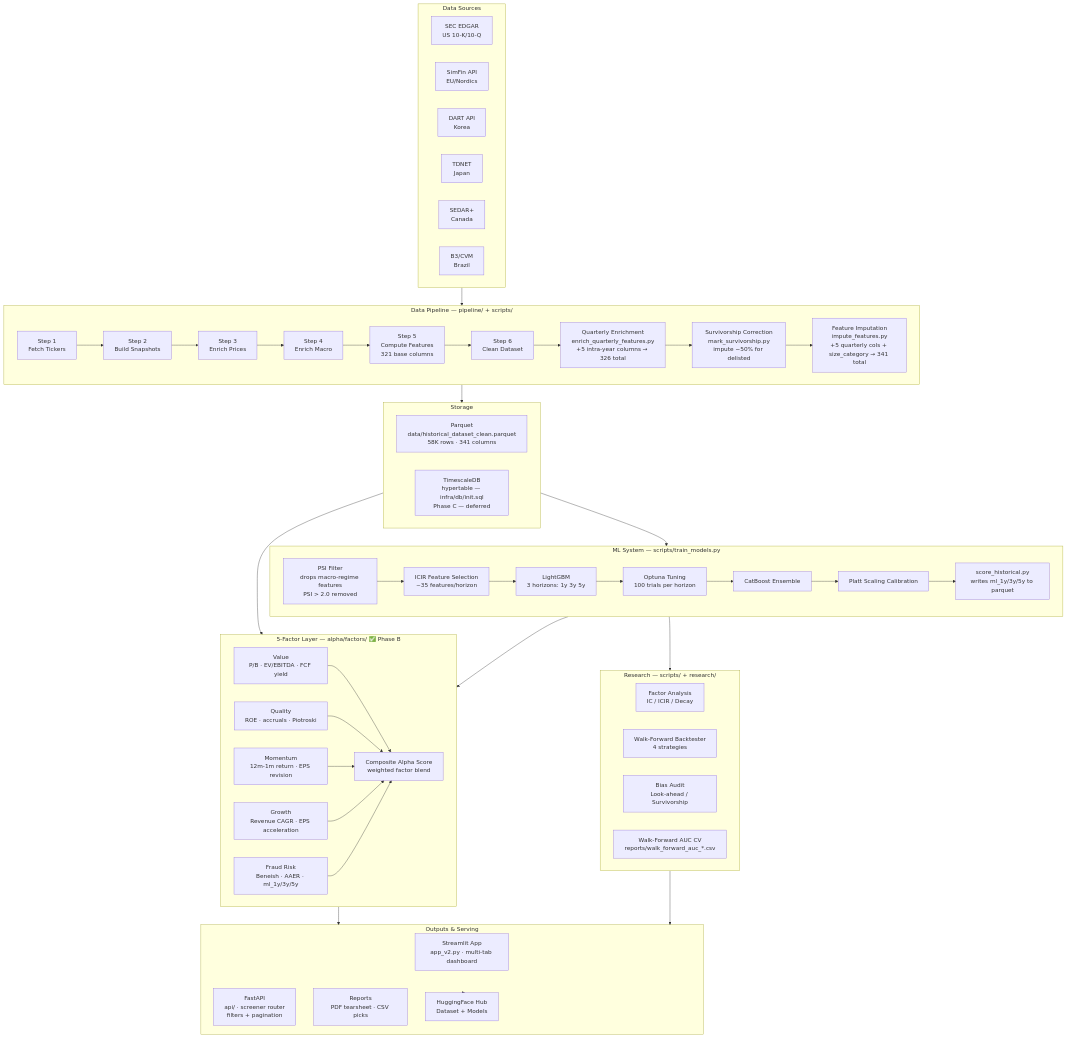
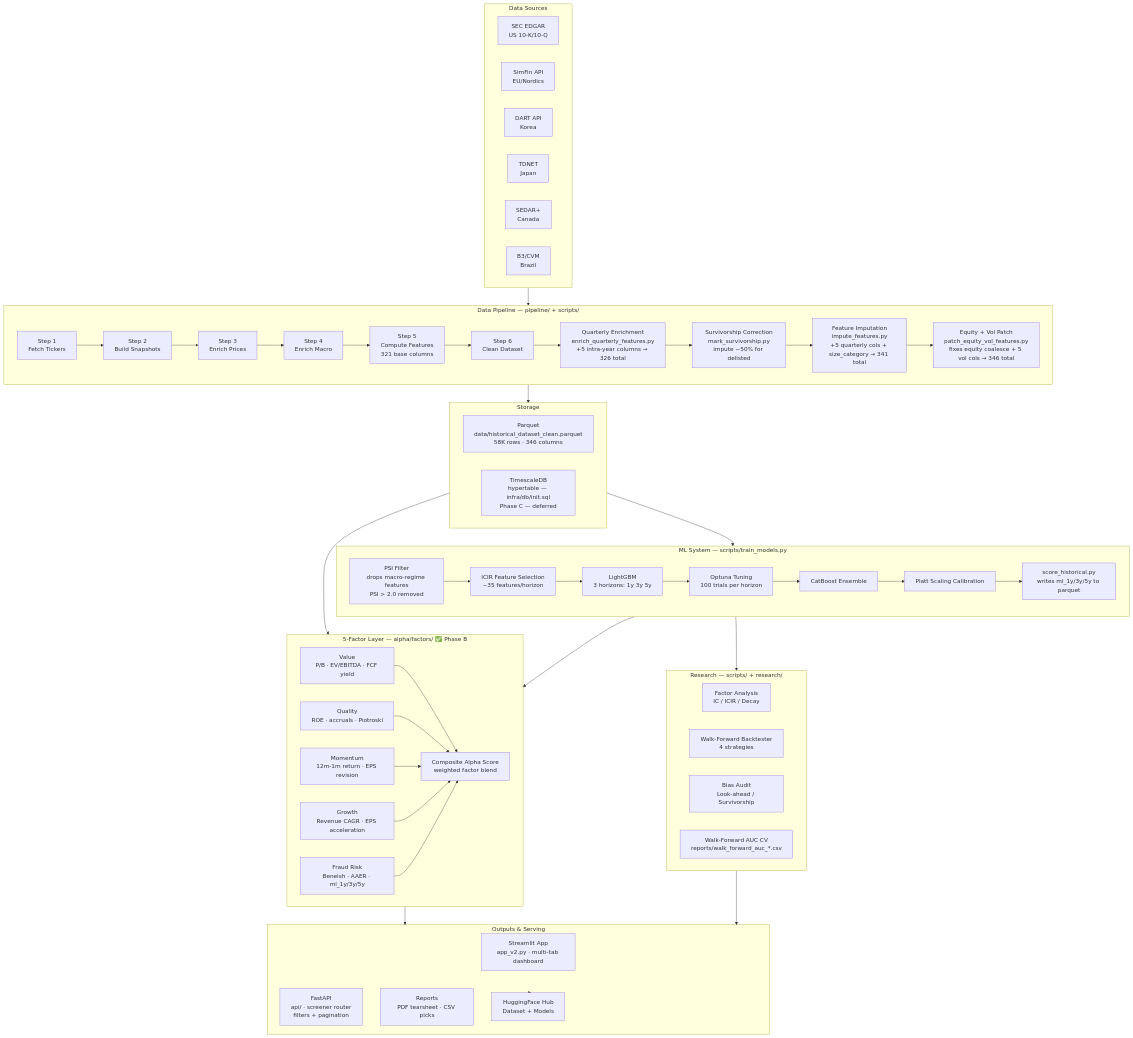
The first of 3 diagrams in docs/architecture.md (sherlock718/stock-fraud-screener), drawn with Mermaid before and after one commit. The commit also changed other lines of this file and 8 other files, not shown here.

````diff
--- a/docs/architecture.md
+++ b/docs/architecture.md
@@ -7,74 +7,75 @@
 ```mermaid
 graph TB
     subgraph Sources["Data Sources"]
         A1[SEC EDGAR<br/>US 10-K/10-Q]
         A2[SimFin API<br/>EU/Nordics]
         A3[DART API<br/>Korea]
         A4[TDNET<br/>Japan]
         A5[SEDAR+<br/>Canada]
         A6[B3/CVM<br/>Brazil]
     end
 
     subgraph Pipeline["Data Pipeline — pipeline/ + scripts/"]
         B1[Step 1<br/>Fetch Tickers]
         B2[Step 2<br/>Build Snapshots]
         B3[Step 3<br/>Enrich Prices]
         B4[Step 4<br/>Enrich Macro]
         B5[Step 5<br/>Compute Features<br/>321 base columns]
         B6[Step 6<br/>Clean Dataset]
         B7[Quarterly Enrichment<br/>enrich_quarterly_features.py<br/>+5 intra-year columns → 326 total]
         B8[Survivorship Correction<br/>mark_survivorship.py<br/>impute −50% for delisted]
         B9[Feature Imputation<br/>impute_features.py<br/>+5 quarterly cols + size_category → 341 total]
-        B1 --> B2 --> B3 --> B4 --> B5 --> B6 --> B7 --> B8 --> B9
+        B10[Equity + Vol Patch<br/>patch_equity_vol_features.py<br/>fixes equity coalesce + 5 vol cols → 346 total]
+        B1 --> B2 --> B3 --> B4 --> B5 --> B6 --> B7 --> B8 --> B9 --> B10
     end
 
     subgraph Factors["5-Factor Layer — alpha/factors/ ✅ Phase B"]
         F1[Value<br/>P/B · EV/EBITDA · FCF yield]
         F2[Quality<br/>ROE · accruals · Piotroski]
         F3[Momentum<br/>12m-1m return · EPS revision]
         F4[Growth<br/>Revenue CAGR · EPS acceleration]
         F5[Fraud Risk<br/>Beneish · AAER · ml_1y/3y/5y]
         FA[Composite Alpha Score<br/>weighted factor blend]
         F1 & F2 & F3 & F4 & F5 --> FA
     end
 
     subgraph ML["ML System — scripts/train_models.py"]
         C0[PSI Filter<br/>drops macro-regime features<br/>PSI > 2.0 removed]
         C1[ICIR Feature Selection<br/>~35 features/horizon]
         C2[LightGBM<br/>3 horizons: 1y 3y 5y]
         C3[Optuna Tuning<br/>100 trials per horizon]
         C4[CatBoost Ensemble]
         C5[Platt Scaling Calibration]
         C6[score_historical.py<br/>writes ml_1y/3y/5y to parquet]
         C0 --> C1 --> C2 --> C3 --> C4 --> C5 --> C6
     end
 
     subgraph Research["Research — scripts/ + research/"]
         D1[Factor Analysis<br/>IC / ICIR / Decay]
         D2[Walk-Forward Backtester<br/>4 strategies]
         D3[Bias Audit<br/>Look-ahead / Survivorship]
         D4[Walk-Forward AUC CV<br/>reports/walk_forward_auc_*.csv]
     end
 
     subgraph Storage["Storage"]
-        S1[Parquet<br/>data/historical_dataset_clean.parquet<br/>58K rows · 341 columns]
+        S1[Parquet<br/>data/historical_dataset_clean.parquet<br/>58K rows · 346 columns]
         S2[TimescaleDB<br/>hypertable — infra/db/init.sql<br/>Phase C — deferred]
     end
 
     subgraph Outputs["Outputs & Serving"]
         E1[Streamlit App<br/>app_v2.py · multi-tab dashboard]
         E2[FastAPI<br/>api/ · screener router<br/>filters + pagination]
         E3[Reports<br/>PDF tearsheet · CSV picks]
         E4[HuggingFace Hub<br/>Dataset + Models]
     end
 
     Sources --> Pipeline
     Pipeline --> Storage
     Storage --> ML
     Storage --> Factors
     ML --> Factors
     ML --> Research
     Factors --> Outputs
     Research --> Outputs
     Outputs --> E4
 ```
````
